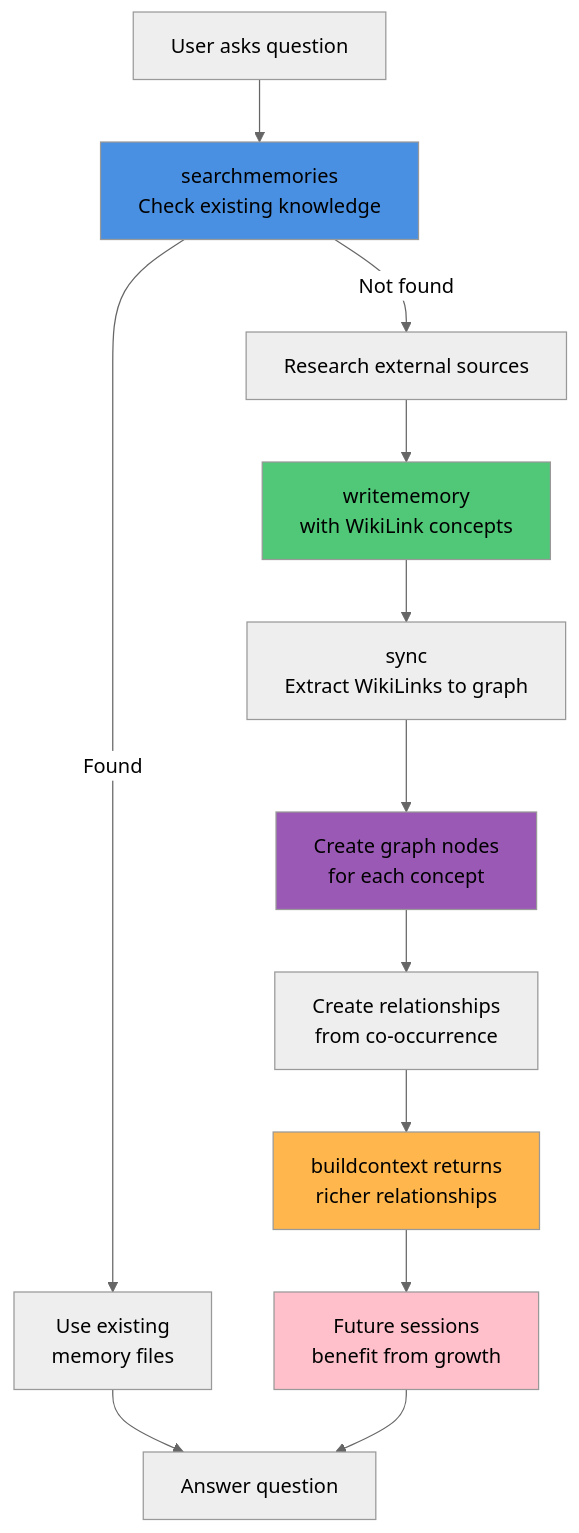
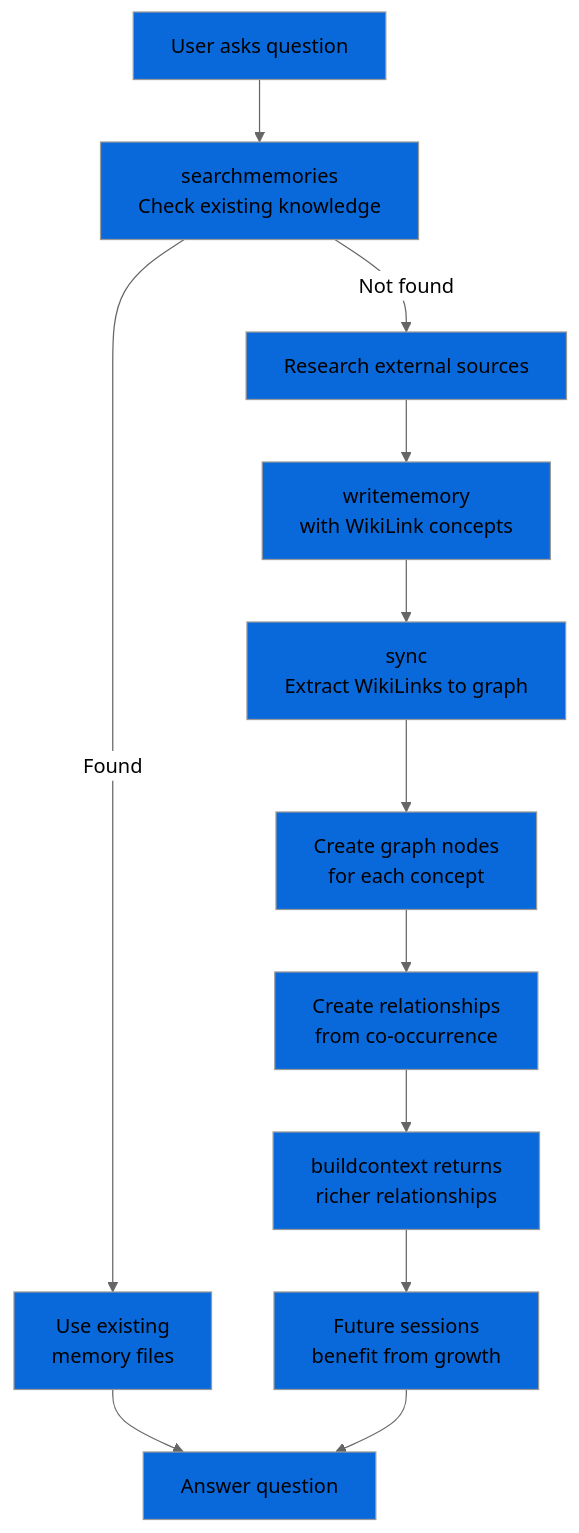
The second of 2 diagrams in README.md (msbrettorg/maenifold), drawn with Mermaid (neutral theme) before and after one commit. The commit also changed other lines of this file and 31 other files, not shown here.

````diff
--- a/README.md
+++ b/README.md
@@ -187,25 +187,31 @@
 ```mermaid
 graph TD
     Start[User asks question] --> Search[searchmemories<br/>Check existing knowledge]
 
     Search -->|Found| Use[Use existing<br/>memory files]
     Search -->|Not found| Research[Research external sources]
 
     Research --> Write[writememory<br/>with WikiLink concepts]
     Write --> Sync[sync<br/>Extract WikiLinks to graph]
 
     Sync --> Nodes[Create graph nodes<br/>for each concept]
     Nodes --> Edges[Create relationships<br/>from co-occurrence]
 
     Edges --> Context[buildcontext returns<br/>richer relationships]
     Context --> Future[Future sessions<br/>benefit from growth]
 
     Use --> Answer[Answer question]
     Future --> Answer
 
-    style Search fill:#4A90E2
-    style Write fill:#50C878
-    style Nodes fill:#9B59B6
-    style Context fill:#FFB74D
-    style Future fill:#FFC0CB
+    style Start fill:#0969DA
+    style Search fill:#0969DA
+    style Use fill:#0969DA
+    style Research fill:#0969DA
+    style Write fill:#0969DA
+    style Sync fill:#0969DA
+    style Nodes fill:#0969DA
+    style Edges fill:#0969DA
+    style Context fill:#0969DA
+    style Future fill:#0969DA
+    style Answer fill:#0969DA
 ```
````
